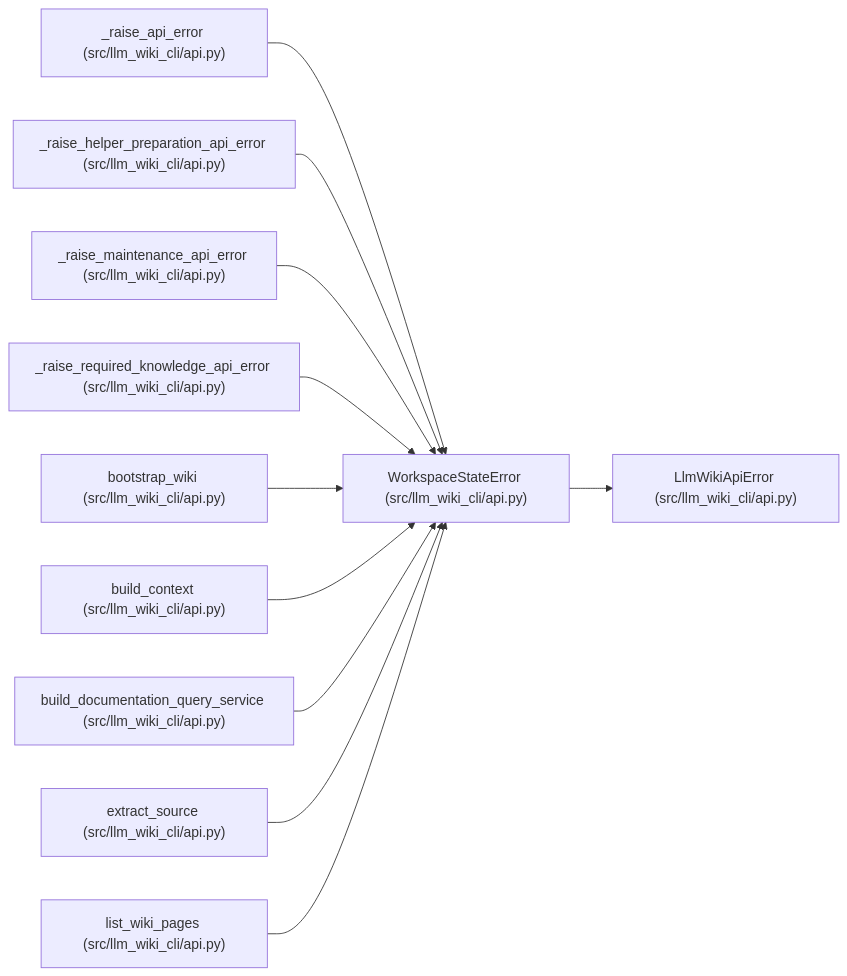
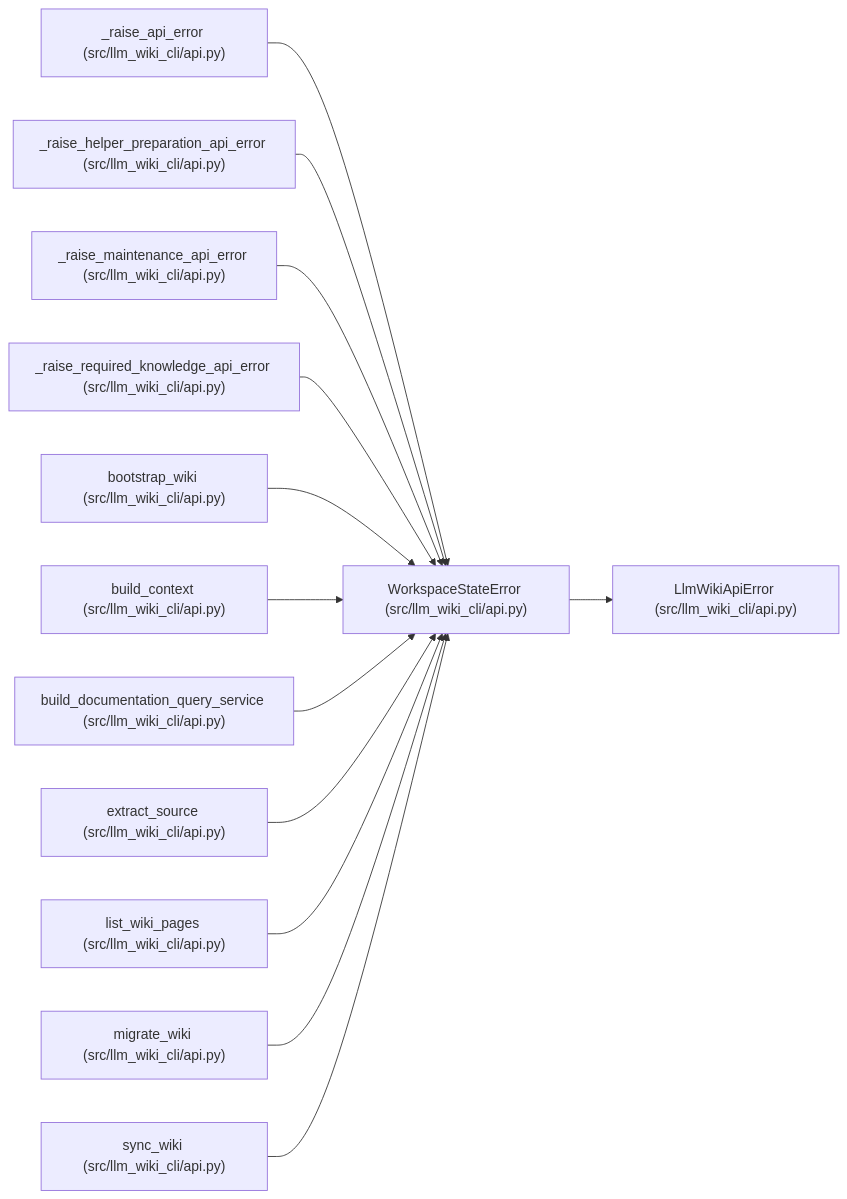
One commit to Denissvgn/python-wiki-llm changed the diagram in docs/llm_wiki/entities/WorkspaceStateError.md. Above: the diagram before and after it, drawn with Mermaid. The commit also changed other lines of this file and 1555 other files, not shown here.

````diff
--- a/docs/llm_wiki/entities/WorkspaceStateError.md
+++ b/docs/llm_wiki/entities/WorkspaceStateError.md
@@ -23,35 +23,41 @@
 ```mermaid
 flowchart LR
     n0["WorkspaceStateError (src/llm_wiki_cli/api.py)"]
     n1["LlmWikiApiError (src/llm_wiki_cli/api.py)"]
     n2["_raise_api_error (src/llm_wiki_cli/api.py)"]
     n3["_raise_helper_preparation_api_error (src/llm_wiki_cli/api.py)"]
     n4["_raise_maintenance_api_error (src/llm_wiki_cli/api.py)"]
     n5["_raise_required_knowledge_api_error (src/llm_wiki_cli/api.py)"]
     n6["bootstrap_wiki (src/llm_wiki_cli/api.py)"]
     n7["build_context (src/llm_wiki_cli/api.py)"]
     n8["build_documentation_query_service (src/llm_wiki_cli/api.py)"]
     n9["extract_source (src/llm_wiki_cli/api.py)"]
     n10["list_wiki_pages (src/llm_wiki_cli/api.py)"]
+    n11["migrate_wiki (src/llm_wiki_cli/api.py)"]
+    n12["sync_wiki (src/llm_wiki_cli/api.py)"]
     n0 --> n1
     n2 --> n0
     n3 --> n0
     n4 --> n0
     n5 --> n0
     n6 --> n0
     n7 --> n0
     n8 --> n0
     n9 --> n0
     n10 --> n0
+    n11 --> n0
+    n12 --> n0
     click n0 "../modules/api.md"
     click n1 "../modules/api.md"
     click n2 "../modules/api.md"
     click n3 "../modules/api.md"
     click n4 "../modules/api.md"
     click n5 "../modules/api.md"
     click n6 "../modules/api.md"
     click n7 "../modules/api.md"
     click n8 "../modules/api.md"
     click n9 "../modules/api.md"
     click n10 "../modules/api.md"
+    click n11 "../modules/api.md"
+    click n12 "../modules/api.md"
 ```
````
